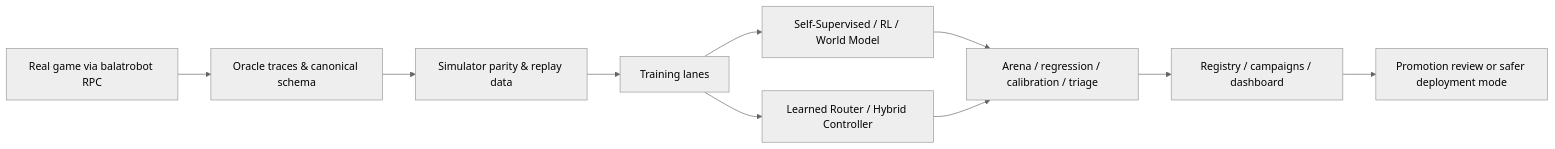
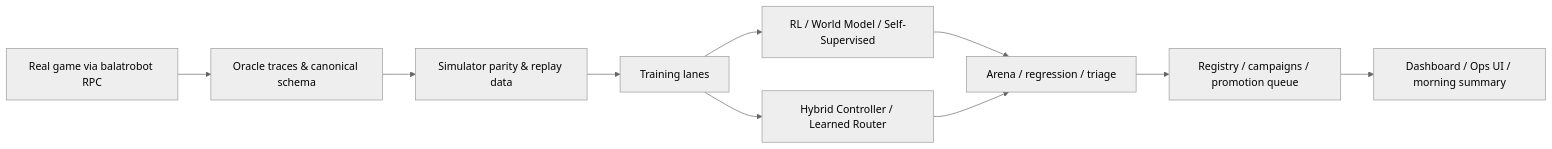
One commit to XcapeAxis/BalatroAI changed the first of 2 diagrams in README.md. Above: the diagram before and after it, drawn with Mermaid (neutral theme). The commit also changed other lines of this file and 8 other files, not shown here.

````diff
--- a/README.md
+++ b/README.md
@@ -138,12 +162,12 @@
 ```mermaid
 flowchart LR
   A["Real game via balatrobot RPC"] --> B["Oracle traces & canonical schema"]
   B --> C["Simulator parity & replay data"]
   C --> D["Training lanes"]
-  D --> D1["Self-Supervised / RL / World Model"]
-  D --> D2["Learned Router / Hybrid Controller"]
-  D1 --> E["Arena / regression / calibration / triage"]
+  D --> D1["RL / World Model / Self-Supervised"]
+  D --> D2["Hybrid Controller / Learned Router"]
+  D1 --> E["Arena / regression / triage"]
   D2 --> E
-  E --> F["Registry / campaigns / dashboard"]
-  F --> G["Promotion review or safer deployment mode"]
+  E --> F["Registry / campaigns / promotion queue"]
+  F --> G["Dashboard / Ops UI / morning summary"]
 ```
````
